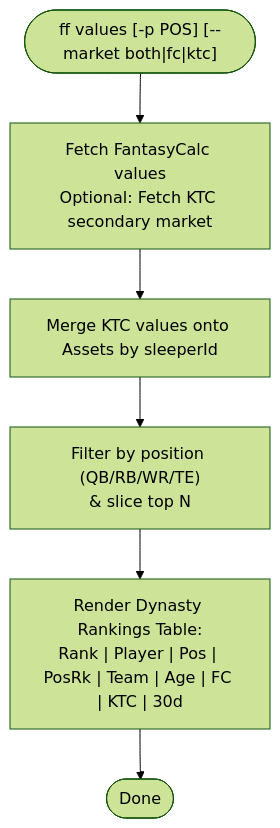
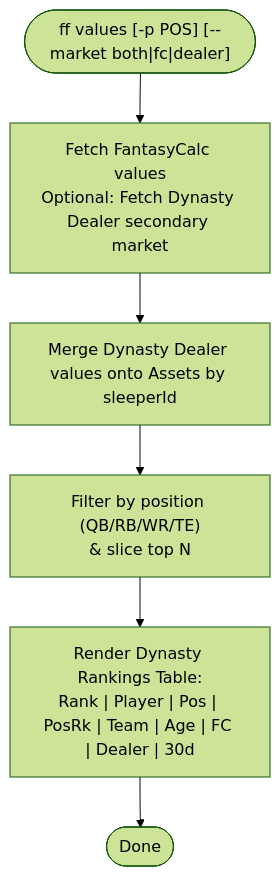
Before and after one commit to savvides/ff: the seventh of 17 diagrams in README.md, drawn with Mermaid (forest theme). The commit also changed other lines of this file and 26 other files, not shown here.

First line of the commit message:
feat: replace broken KTC/Dynasty Daddy with Dynasty Dealer secondary market API (#12)

````diff
--- a/README.md
+++ b/README.md
@@ -206,8 +223,8 @@
 ```mermaid
 flowchart TD
-    Start(["ff values [-p POS] [--market both|fc|ktc]"]) --> Fetch["Fetch FantasyCalc values\nOptional: Fetch KTC secondary market"]
-    Fetch --> Merge["Merge KTC values onto Assets by sleeperId"]
+    Start(["ff values [-p POS] [--market both|fc|dealer]"]) --> Fetch["Fetch FantasyCalc values\nOptional: Fetch Dynasty Dealer secondary market"]
+    Fetch --> Merge["Merge Dynasty Dealer values onto Assets by sleeperId"]
     Merge --> Filter["Filter by position (QB/RB/WR/TE)\n& slice top N"]
-    Filter --> Table["Render Dynasty Rankings Table:\nRank | Player | Pos | PosRk | Team | Age | FC | KTC | 30d"]
+    Filter --> Table["Render Dynasty Rankings Table:\nRank | Player | Pos | PosRk | Team | Age | FC | Dealer | 30d"]
     Table --> Done(["Done"])
 ```
````
